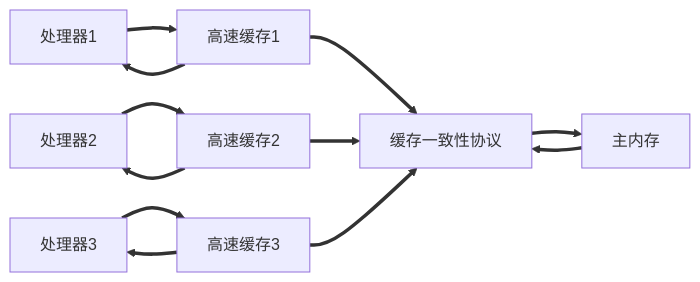
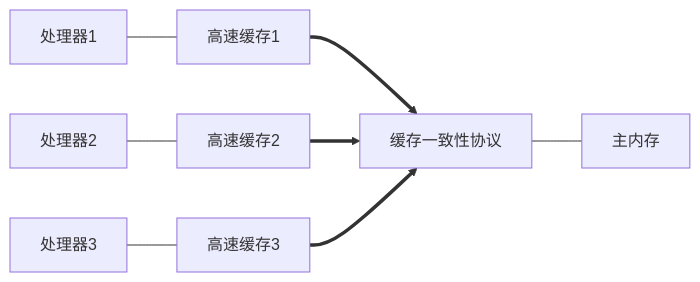
One commit to csliujw/CodeNotes changed the first of 2 diagrams in Java Virtual Machine/JVM读书笔记.md. Above: the diagram before and after it, drawn with Mermaid. The commit also changed other lines of this file and 535 other files, not shown here.

````diff
--- a/Java Virtual Machine/JVM读书笔记.md
+++ b/Java Virtual Machine/JVM读书笔记.md
@@ -47,10 +47,6 @@
 ```mermaid
 graph LR
-处理器1==>高速缓存1==>缓存一致性协议==>主内存
-处理器2==>高速缓存2==>缓存一致性协议
-处理器3==>高速缓存3==>缓存一致性协议
-高速缓存1==>处理器1
-高速缓存2==>处理器2
-高速缓存3==>处理器3
-主内存==>缓存一致性协议
+处理器1---高速缓存1==>缓存一致性协议---主内存
+处理器2---高速缓存2==>缓存一致性协议
+处理器3---高速缓存3==>缓存一致性协议
 ```
````
